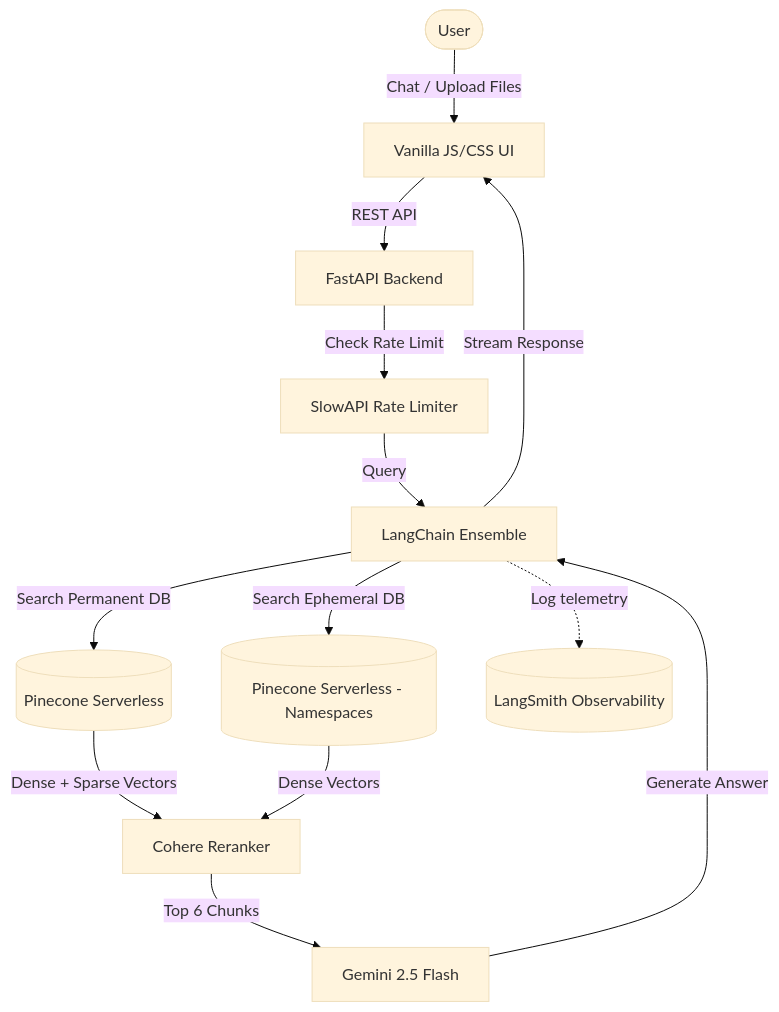
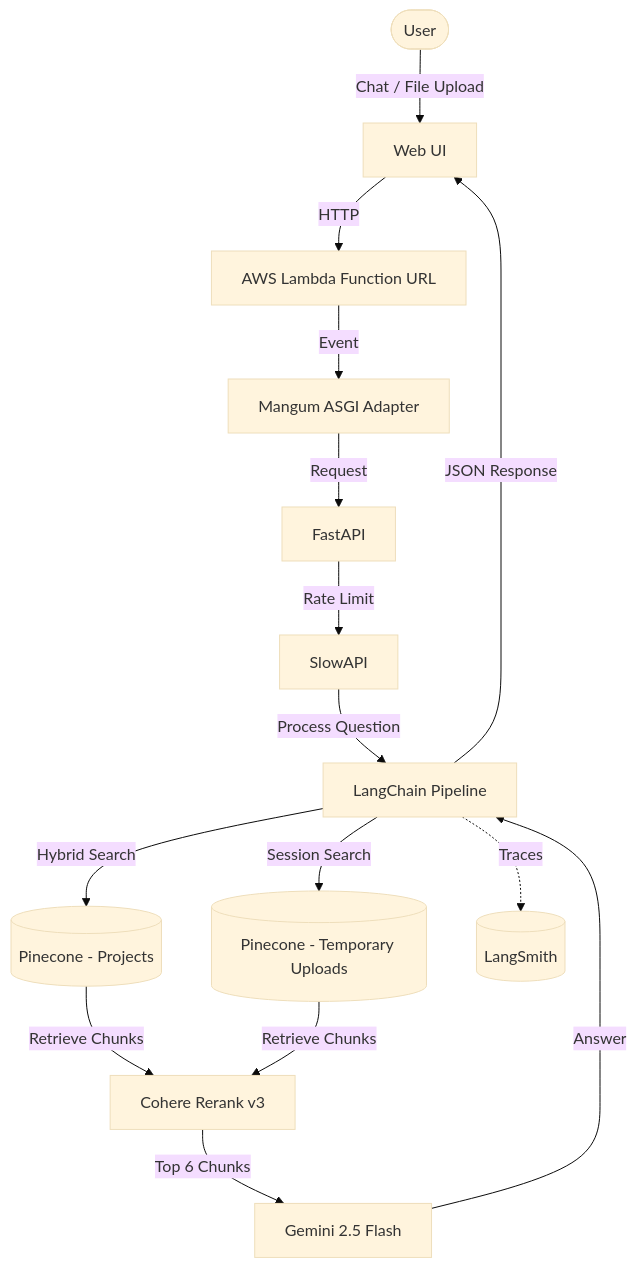
One commit to kalpit-22/rag-portfolio-v2 changed the diagram in README.md. Above: the diagram before and after it, drawn with Mermaid (base theme). The commit also changed other lines of this file and 2 other files, not shown here.

````diff
--- a/README.md
+++ b/README.md
@@ -13,21 +13,22 @@
 ```mermaid
 graph TD
-    User([User]) -->|Chat / Upload Files| Frontend[Vanilla JS/CSS UI]
-    Frontend -->|REST API| FastAPI[FastAPI Backend]
+    User([User]) -->|Chat / File Upload| Frontend[Web UI]
+    Frontend -->|HTTP| LambdaURL[AWS Lambda Function URL]
+    LambdaURL -->|Event| Mangum[Mangum ASGI Adapter]
+    Mangum -->|Request| FastAPI[FastAPI]
     
-    FastAPI -->|Check Rate Limit| SlowAPI[SlowAPI Rate Limiter]
-    SlowAPI -->|Query| Orchestrator[LangChain Ensemble]
+    FastAPI -->|Rate Limit| SlowAPI[SlowAPI]
+    SlowAPI -->|Process Question| Orchestrator[LangChain Pipeline]
     
-    Orchestrator -->|Search Permanent DB| PineconePerm[(Pinecone Serverless)]
-    Orchestrator -->|Search Ephemeral DB| PineconeEph[(Pinecone Serverless - Namespaces)]
+    Orchestrator -->|Hybrid Search| PineconePerm[(Pinecone - Projects)]
+    Orchestrator -->|Session Search| PineconeEph[(Pinecone - Temporary Uploads)]
     
-    PineconePerm -->|Dense + Sparse Vectors| Reranker[Cohere Reranker]
-    PineconeEph -->|Dense Vectors| Reranker
+    PineconePerm -->|Retrieve Chunks| Reranker[Cohere Rerank v3]
+    PineconeEph -->|Retrieve Chunks| Reranker
     
     Reranker -->|Top 6 Chunks| LLM[Gemini 2.5 Flash]
-    LLM -->|Generate Answer| Orchestrator
-    Orchestrator -->|Stream Response| Frontend
+    LLM -->|Answer| Orchestrator
+    Orchestrator -->|JSON Response| Frontend
     
-    %% Tracing
-    Orchestrator -.->|Log telemetry| LangSmith[(LangSmith Observability)]
+    Orchestrator -.->|Traces| LangSmith[(LangSmith)]
 ```
````
